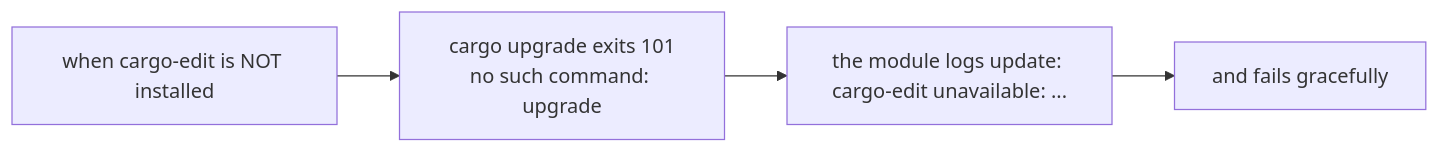
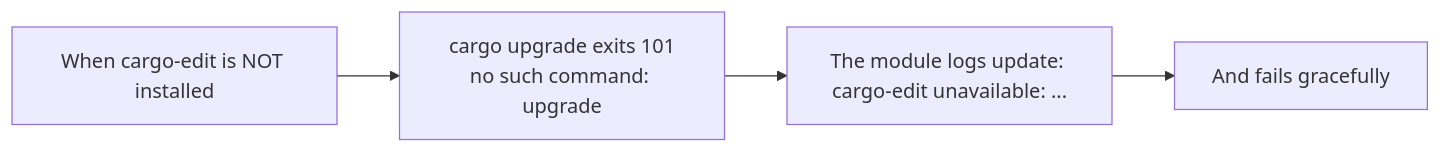
Before and after one commit to PlayForm/Site-DeepSeek: the diagram in Source/Content/Mermaid/govcargo-missing-edit.mmd, drawn with Mermaid. The commit also changed 136 other files, not shown here.

```diff
--- a/Source/Content/Mermaid/govcargo-missing-edit.mmd
+++ b/Source/Content/Mermaid/govcargo-missing-edit.mmd
@@ -1,6 +1,6 @@
 flowchart LR
-	MISSING["when cargo-edit is NOT installed"]
+	MISSING["When cargo-edit is NOT installed"]
 	EXIT["cargo upgrade exits 101<br/>no such command: upgrade"]
-	LOG["the module logs update: cargo-edit unavailable: ..."]
-	GRACE["and fails gracefully"]
+	LOG["The module logs update: cargo-edit unavailable: ..."]
+	GRACE["And fails gracefully"]
 	MISSING --> EXIT --> LOG --> GRACE
```
